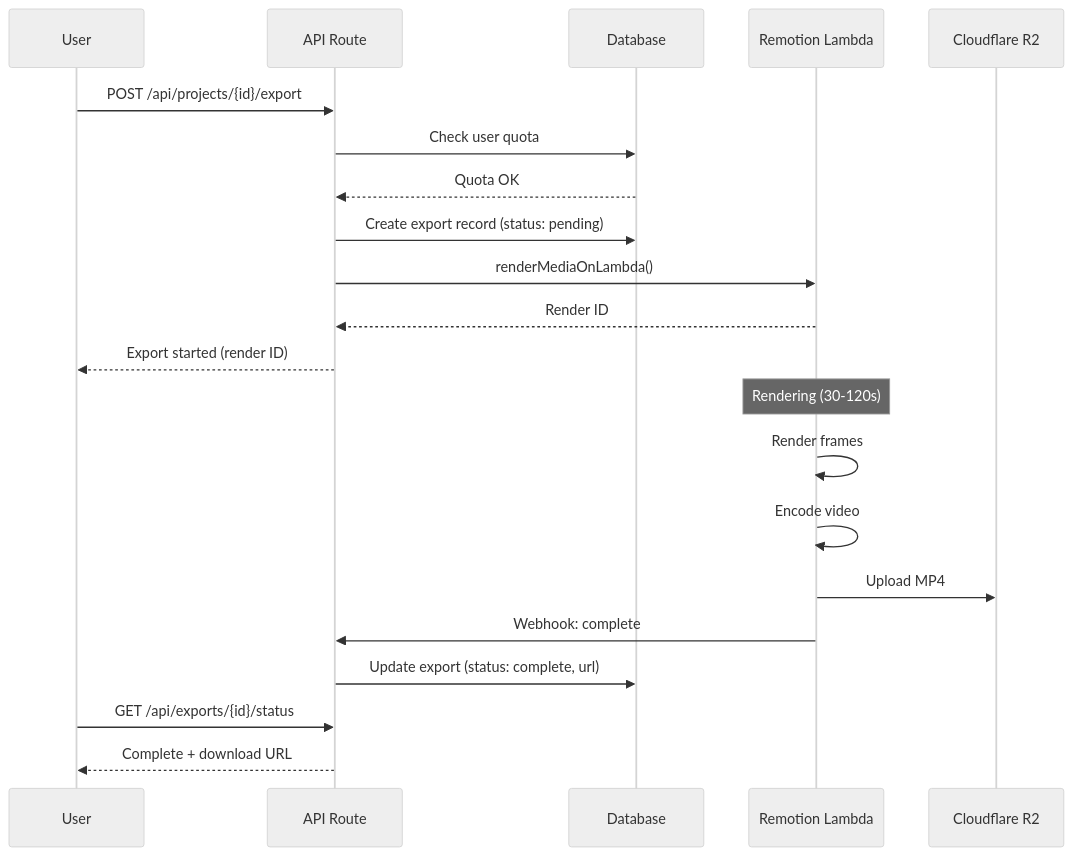
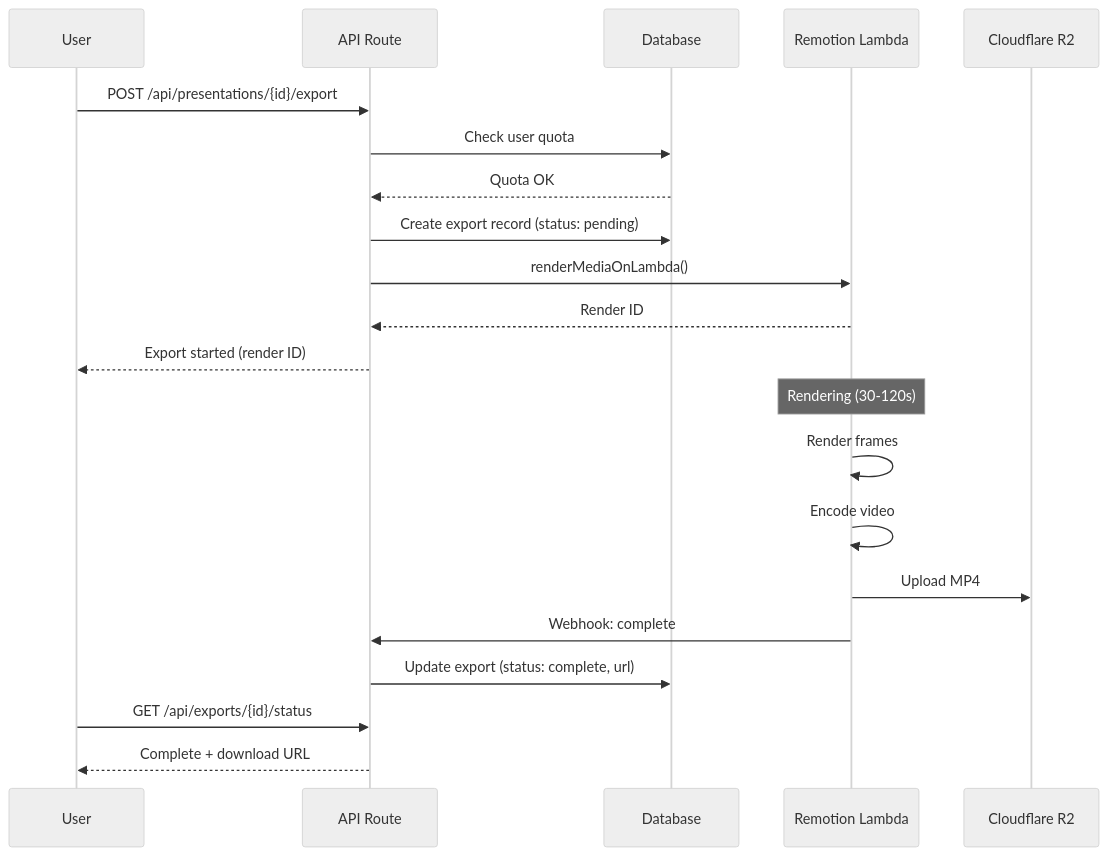
The diagram in docs/product-modules/slide-editor/export/video-export.md (EvgenyEMK/visual-story), drawn with Mermaid (neutral theme) before and after one commit. The commit also changed other lines of this file and 148 other files, not shown here.

First line of the commit message:
feat: rename projects to presentations, unified bottom panel, smart list editor

````diff
--- a/docs/product-modules/slide-editor/export/video-export.md
+++ b/docs/product-modules/slide-editor/export/video-export.md
@@ -63,27 +63,27 @@
 ```mermaid
 sequenceDiagram
     participant User
     participant API as API Route
     participant DB as Database
     participant Lambda as Remotion Lambda
     participant R2 as Cloudflare R2
     
-    User->>API: POST /api/projects/{id}/export
+    User->>API: POST /api/presentations/{id}/export
     API->>DB: Check user quota
     DB-->>API: Quota OK
     API->>DB: Create export record (status: pending)
     API->>Lambda: renderMediaOnLambda()
     Lambda-->>API: Render ID
     API-->>User: Export started (render ID)
     
     Note over Lambda: Rendering (30-120s)
     
     Lambda->>Lambda: Render frames
     Lambda->>Lambda: Encode video
     Lambda->>R2: Upload MP4
     Lambda->>API: Webhook: complete
     API->>DB: Update export (status: complete, url)
     
     User->>API: GET /api/exports/{id}/status
     API-->>User: Complete + download URL
 ```
````
